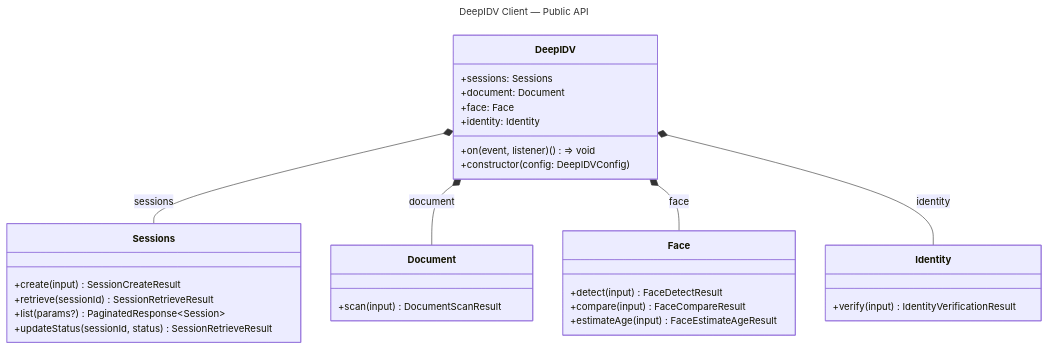
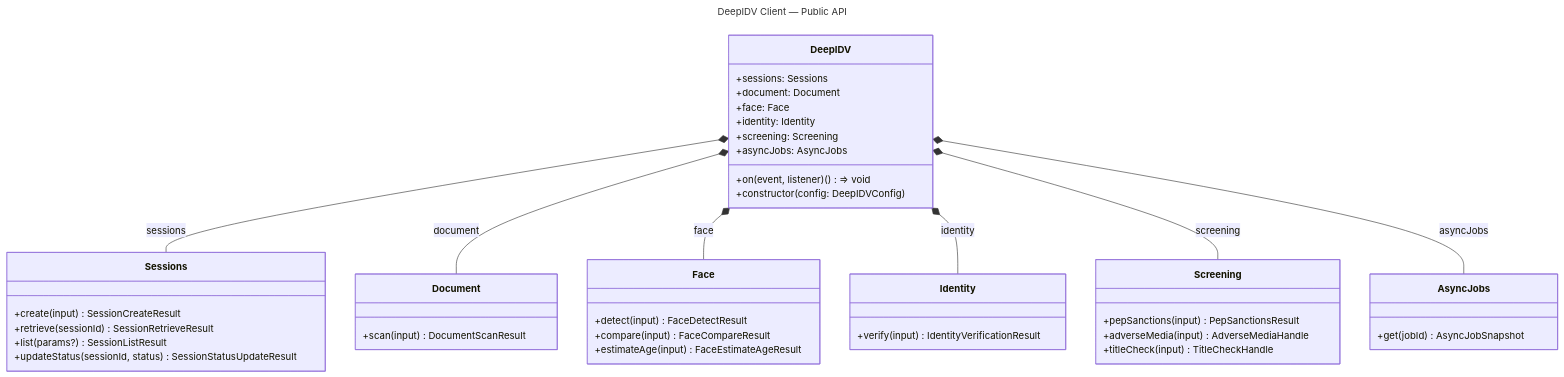
The diagram in docs/diagrams/public-api.mmd (Deep-Identity-Inc/deepidv-sdk-ts), drawn with Mermaid before and after one commit. The commit also changed 28 other files, not shown here.

```diff
--- a/docs/diagrams/public-api.mmd
+++ b/docs/diagrams/public-api.mmd
@@ -1,38 +1,52 @@
 ---
 title: DeepIDV Client — Public API
 ---
 classDiagram
     class DeepIDV {
         +sessions: Sessions
         +document: Document
         +face: Face
         +identity: Identity
+        +screening: Screening
+        +asyncJobs: AsyncJobs
         +on(event, listener) () => void
         +constructor(config: DeepIDVConfig)
     }
 
     class Sessions {
         +create(input) SessionCreateResult
         +retrieve(sessionId) SessionRetrieveResult
-        +list(params?) PaginatedResponse~Session~
-        +updateStatus(sessionId, status) SessionRetrieveResult
+        +list(params?) SessionListResult
+        +updateStatus(sessionId, status) SessionStatusUpdateResult
     }
 
     class Document {
         +scan(input) DocumentScanResult
     }
 
     class Face {
         +detect(input) FaceDetectResult
         +compare(input) FaceCompareResult
         +estimateAge(input) FaceEstimateAgeResult
     }
 
     class Identity {
         +verify(input) IdentityVerificationResult
     }
 
+    class Screening {
+        +pepSanctions(input) PepSanctionsResult
+        +adverseMedia(input) AdverseMediaHandle
+        +titleCheck(input) TitleCheckHandle
+    }
+
+    class AsyncJobs {
+        +get(jobId) AsyncJobSnapshot
+    }
+
     DeepIDV *-- Sessions : sessions
     DeepIDV *-- Document : document
     DeepIDV *-- Face : face
     DeepIDV *-- Identity : identity
+    DeepIDV *-- Screening : screening
+    DeepIDV *-- AsyncJobs : asyncJobs
```
